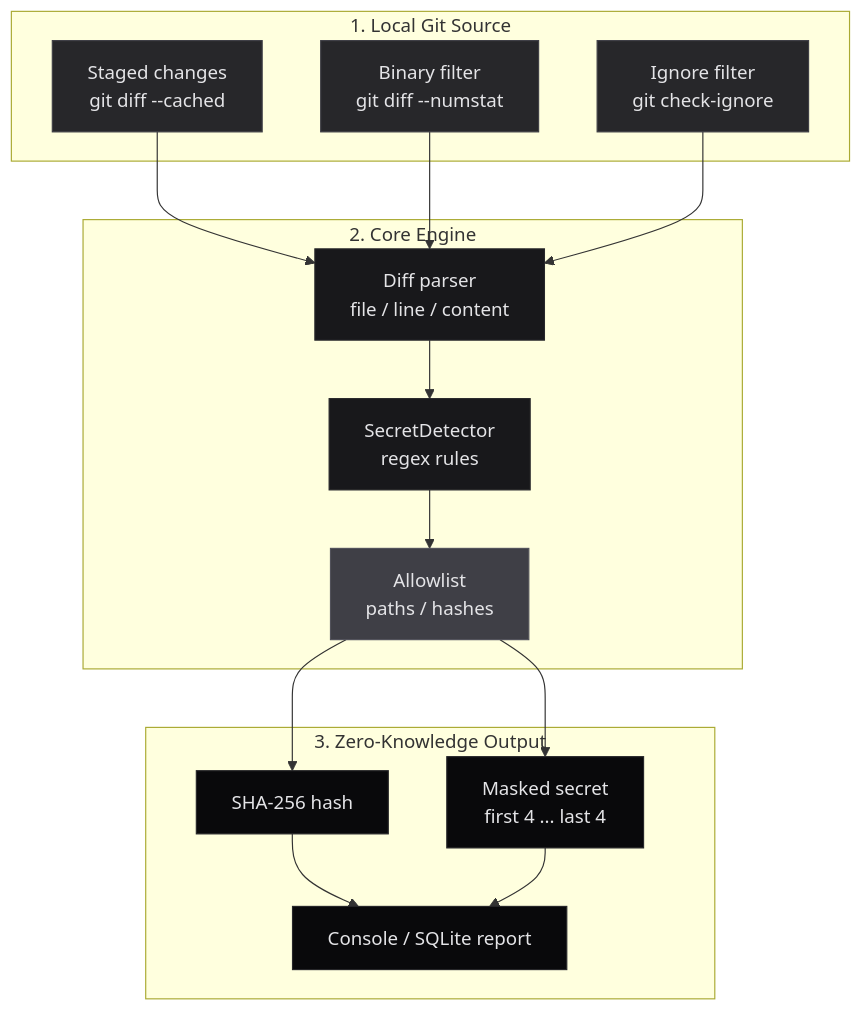
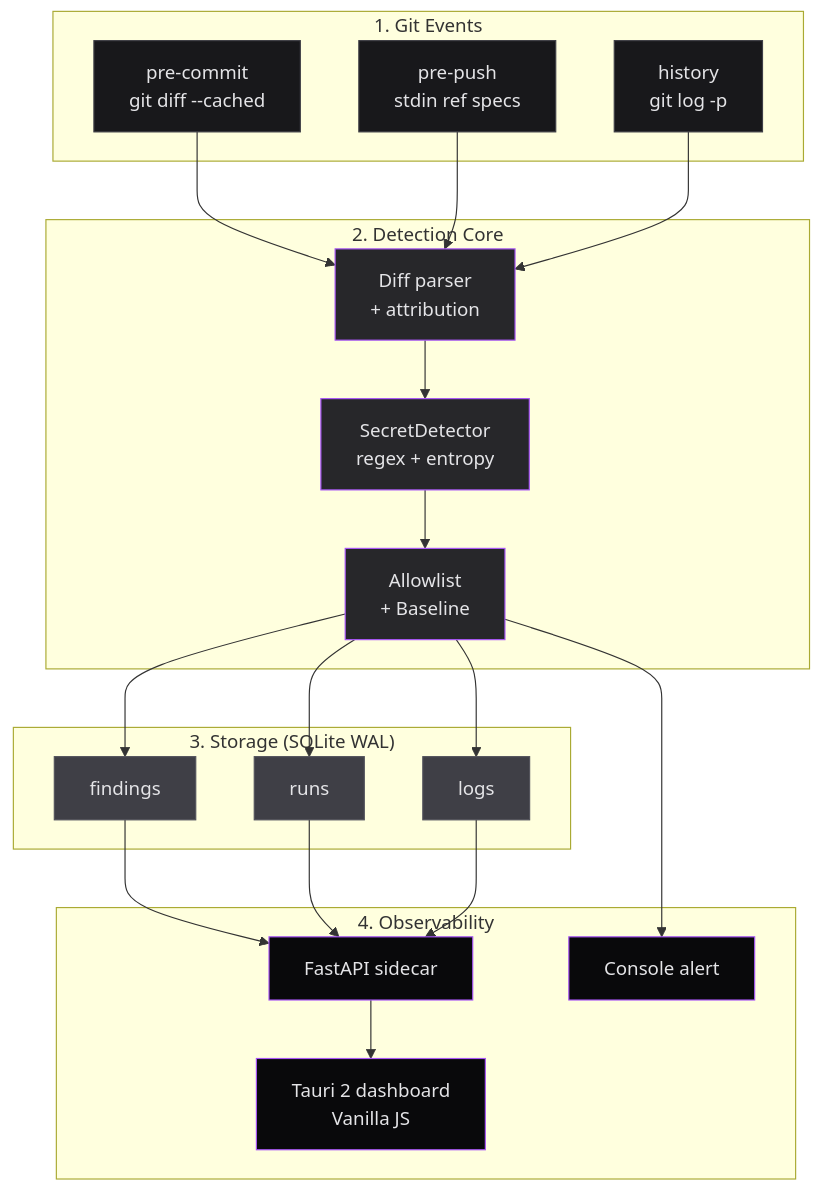
The diagram in README.md (sleepti3ht/Murmur), drawn with Mermaid before and after one commit. The commit also changed other lines of this file and 1 other file, not shown here.

````diff
--- a/README.md
+++ b/README.md
@@ -61,36 +105,45 @@
 ```mermaid
 graph TD
-%% --- Grey UI Space Aesthetic Styles ---
-classDef source fill:#27272a,stroke:#3f3f46,color:#e4e4e7,stroke-width:1px;
-classDef core fill:#18181b,stroke:#27272a,color:#e4e4e7,stroke-width:1px;
-classDef security fill:#3f3f46,stroke:#52525b,color:#e4e4e7,stroke-width:1px;
-classDef output fill:#09090b,stroke:#27272a,color:#e4e4e7,stroke-width:1px;
+classDef src fill:#18181b,stroke:#3f3f46,color:#e4e4e7,stroke-width:1px
+classDef core fill:#27272a,stroke:#a855f7,color:#e4e4e7,stroke-width:1px
+classDef storage fill:#3f3f46,stroke:#52525b,color:#e4e4e7,stroke-width:1px
+classDef ui fill:#09090b,stroke:#a855f7,color:#e4e4e7,stroke-width:1px
 
-subgraph "1. Local Git Source"
-    A[Staged changes<br/>git diff --cached]:::source
-    B[Binary filter<br/>git diff --numstat]:::source
-    C[Ignore filter<br/>git check-ignore]:::source
+subgraph "1. Git Events"
+    A[pre-commit<br/>git diff --cached]:::src
+    B[pre-push<br/>stdin ref specs]:::src
+    C[history<br/>git log -p]:::src
 end
 
-subgraph "2. Core Engine"
-    D[Diff parser<br/>file / line / content]:::core
-    E[SecretDetector<br/>regex rules]:::core
-    F[Allowlist<br/>paths / hashes]:::security
+subgraph "2. Detection Core"
+    D[Diff parser<br/>+ attribution]:::core
+    E[SecretDetector<br/>regex + entropy]:::core
+    F[Allowlist<br/>+ Baseline]:::core
 end
 
-subgraph "3. Zero-Knowledge Output"
-    G[SHA-256 hash]:::output
-    H[Masked secret<br/>first 4 ... last 4]:::output
-    I[Console / SQLite report]:::output
+subgraph "3. Storage (SQLite WAL)"
+    G[findings]:::storage
+    H[runs]:::storage
+    I[logs]:::storage
+end
+
+subgraph "4. Observability"
+    J[Tauri 2 dashboard<br/>Vanilla JS]:::ui
+    K[FastAPI sidecar]:::ui
+    L[Console alert]:::ui
 end
 
 A --> D
 B --> D
 C --> D
 D --> E
 E --> F
 F --> G
 F --> H
-G --> I
-H --> I
+F --> I
+F --> L
+G --> K
+H --> K
+I --> K
+K --> J
 ```
````
